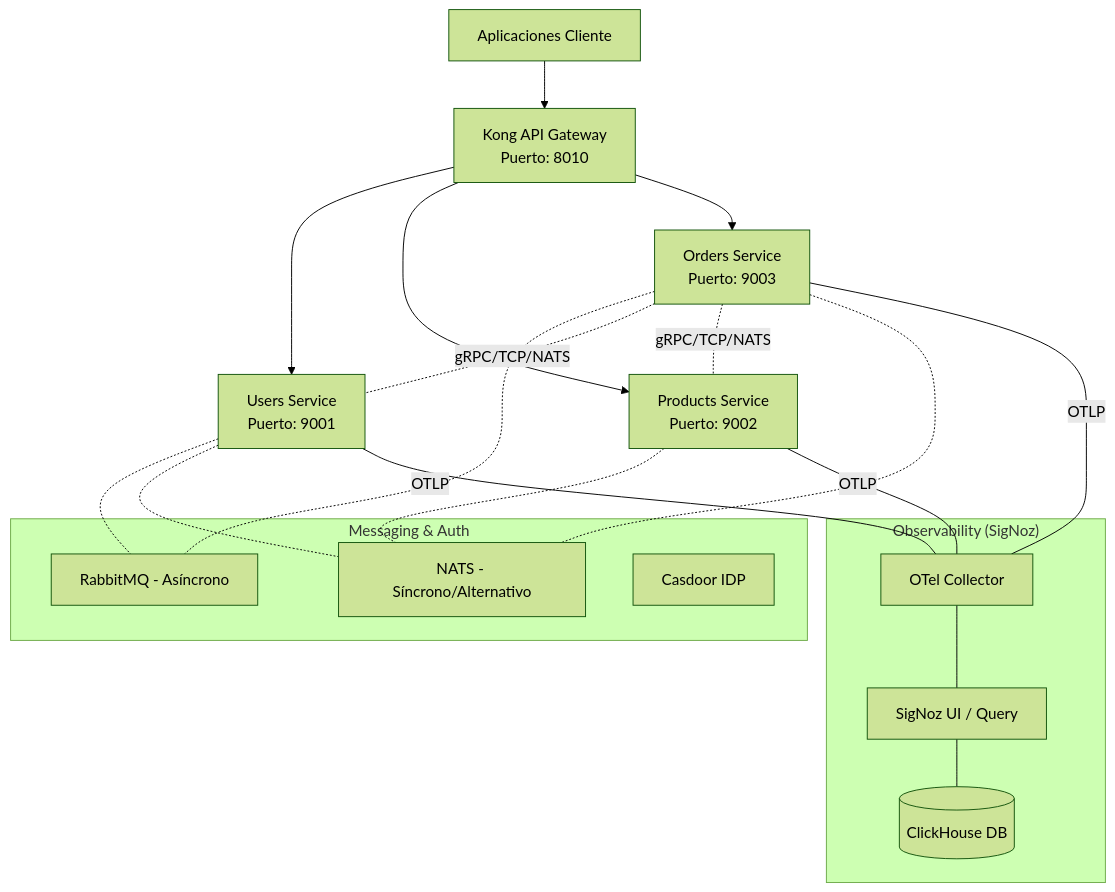
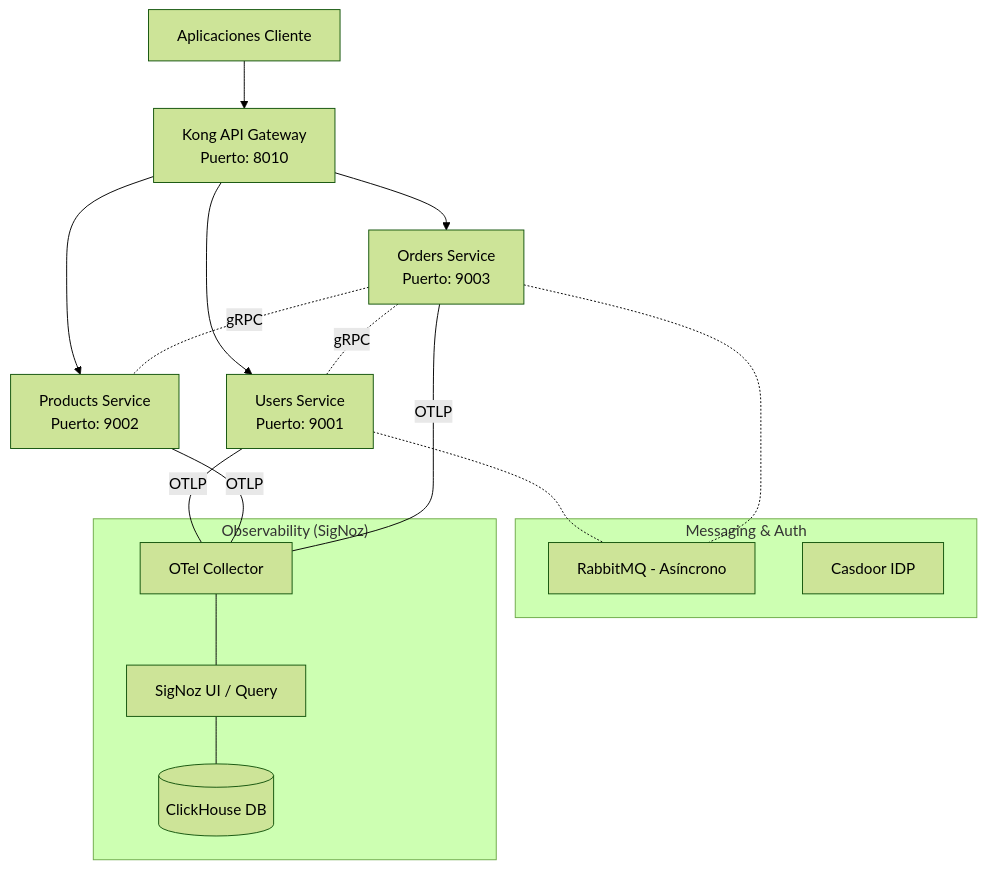
Before and after one commit to bleidertcs/ecommerce-microservices: the diagram in README.md, drawn with Mermaid (forest theme). The commit also changed other lines of this file and 54 other files, not shown here.

````diff
--- a/README.md
+++ b/README.md
@@ -30,30 +30,26 @@
 ```mermaid
 graph TB
     Client[Aplicaciones Cliente] --> Kong[Kong API Gateway<br/>Puerto: 8010]
     Kong --> Users[Users Service<br/>Puerto: 9001]
     Kong --> Products[Products Service<br/>Puerto: 9002]
     Kong --> Orders[Orders Service<br/>Puerto: 9003]
 
     subgraph "Messaging & Auth"
         RMQ[RabbitMQ - Asíncrono]
-        NATS[NATS - Síncrono/Alternativo]
         CD[Casdoor IDP]
     end
 
     subgraph "Observability (SigNoz)"
         SN[SigNoz UI / Query]
         OT[OTel Collector]
         CH[(ClickHouse DB)]
     end
 
     Users-.-RMQ
     Orders-.-RMQ
-    Orders-.- |gRPC/TCP/NATS| Users
-    Orders-.- |gRPC/TCP/NATS| Products
-    Users-.-NATS
-    Products-.-NATS
-    Orders-.-NATS
+    Orders-.- |gRPC| Users
+    Orders-.- |gRPC| Products
     Users & Products & Orders --- |OTLP| OT
     OT --- SN
     SN --- CH
 ```
````
